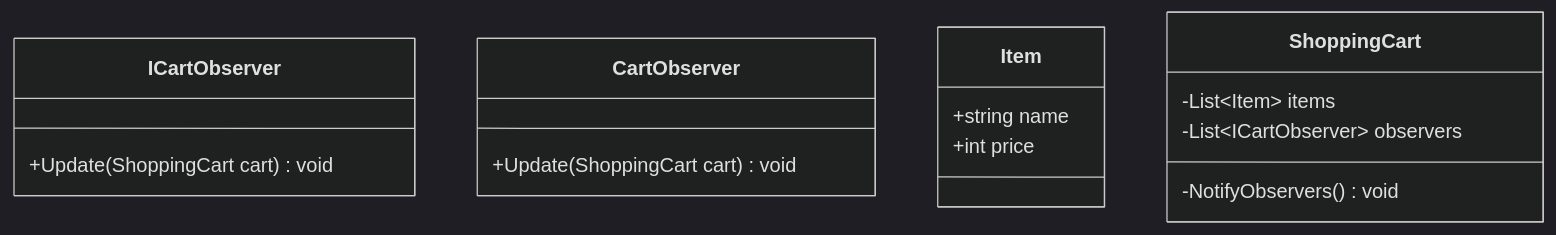
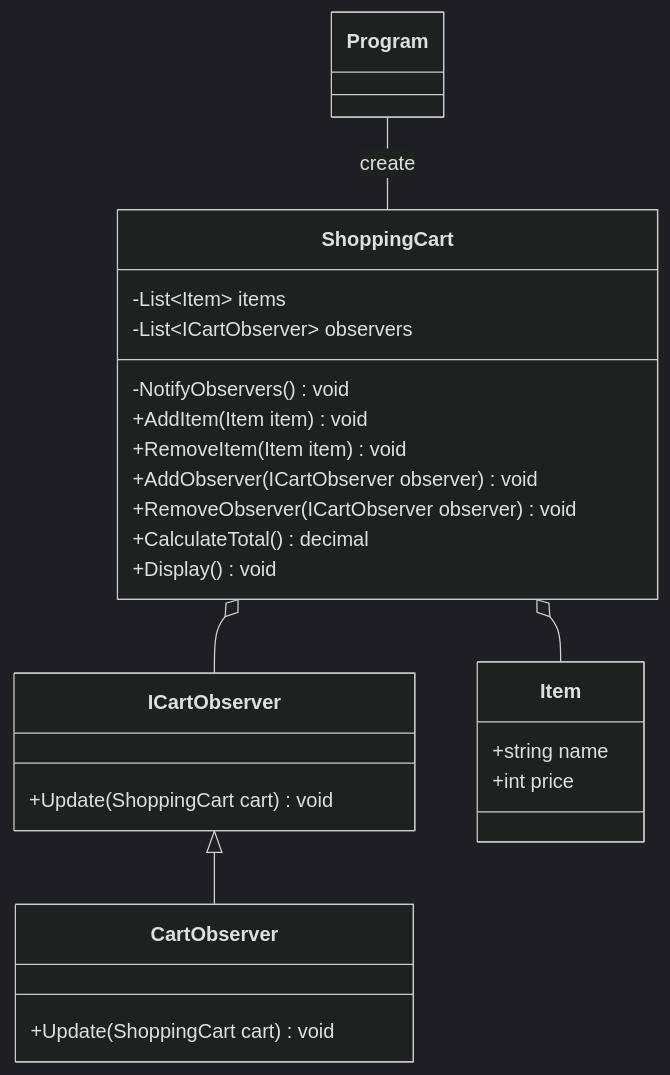
The diagram in Observer/README.md (0123takaokeita/design_patterns), drawn with Mermaid (dark theme) before and after one commit. The commit also changed 1 other file, not shown here.

Commit message:
feat: interactive な動作をkeyスイッチで実装（仮）

````diff
--- a/Observer/README.md
+++ b/Observer/README.md
@@ -16,20 +16,29 @@
 ```mermaid
 classDiagram
-    
-
     class ICartObserver {
         +Update(ShoppingCart cart) void
     }
     class CartObserver {
         +Update(ShoppingCart cart) void
     }
     class Item {
         +string name
         +int price
     }
     class ShoppingCart{
         -List~Item~ items
         -List~ICartObserver~ observers
         -NotifyObservers() void
+        +AddItem(Item item) void
+        +RemoveItem(Item item) void
+        +AddObserver(ICartObserver observer) void
+        +RemoveObserver(ICartObserver observer) void
+        +CalculateTotal() decimal
+        +Display() void
     }
+    
+    ShoppingCart o-- ICartObserver
+    ShoppingCart o-- Item
+    ICartObserver <|-- CartObserver
+    Program -- ShoppingCart : create
 ```
````
